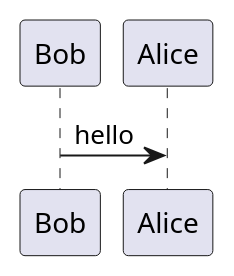
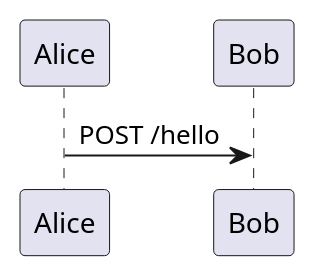
One commit to hugojosefson/docker-markdown changed the diagram in README.md. Above: the diagram before and after it, drawn with PlantUML.

Commit message:
Update plantuml example.

````diff
--- a/README.md
+++ b/README.md
@@ -36,5 +36,5 @@
 ```plantuml
 @startuml
-Bob -> Alice : hello
+Alice -> Bob : POST /hello
 @enduml
 ```
````
